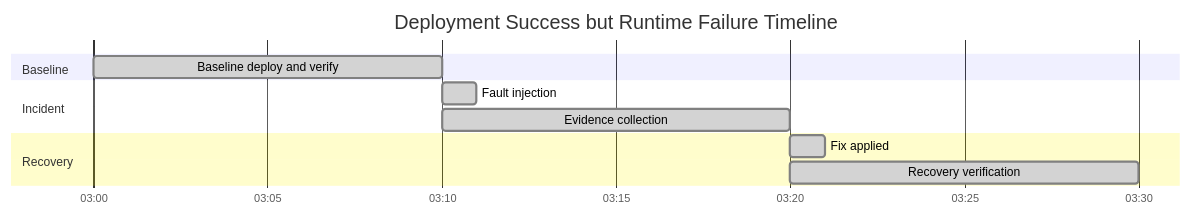
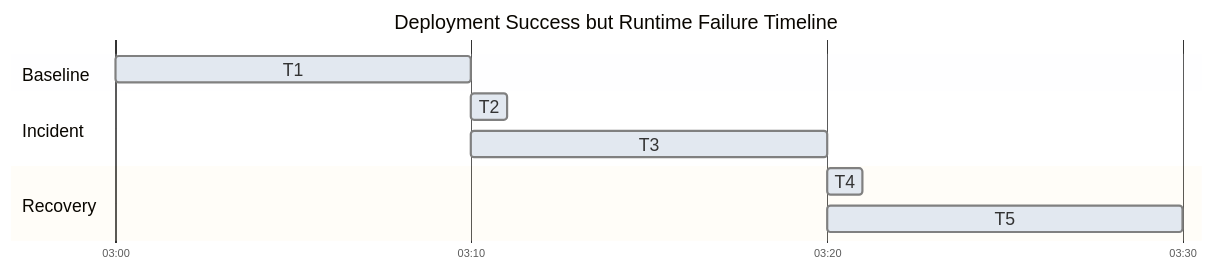
One commit to yeongseon/azure-functions-practical-guide changed the second of 5 diagrams in docs/troubleshooting/lab-guides/deployment-not-running.md. Above: the diagram before and after it, drawn with Mermaid. The commit also changed other lines of this file and 1 other file, not shown here.

First line of the commit message:
docs(diagrams): migrate Functions lab deployment startup — deployment not running (#432)

````diff
--- a/docs/troubleshooting/lab-guides/deployment-not-running.md
+++ b/docs/troubleshooting/lab-guides/deployment-not-running.md
@@ -141,14 +151,18 @@
 ```mermaid
+%%{init: {"gantt":{"fontSize":16,"sectionFontSize":16,"leftPadding":95,"rightPadding":35,"barHeight":24,"barGap":10},"theme":"base","themeVariables":{"doneTaskBkgColor":"#e2e8f0","critBkgColor":"#fed7aa","taskBkgColor":"#e2e8f0"},"themeCSS":".grid .tick text{font-size:16px;fill:var(--md-default-fg-color);} .section{opacity:0;} .titleText{font-size:14px;fill:var(--md-default-fg-color);} .sectionTitle{fill:var(--md-default-fg-color);} .taskTextOutsideLeft,.taskTextOutsideRight{fill:var(--md-default-fg-color)!important;} .taskText{fill:#14202e!important;}"}}%%
 gantt
+    accTitle: Historical walkthrough incident windows
+    accDescr: Historical walkthrough model with baseline from 03:00 to 03:10, fault injection and evidence collection starting at 03:10, and fix and recovery verification starting at 03:20. The one-minute actions overlap ten-minute collection windows. These times and done markers are not a new execution or evidence for the NOT_RUN Golden scenario.
     title Deployment Success but Runtime Failure Timeline
     dateFormat  HH:mm
     axisFormat  %H:%M
+    tickInterval 10minute
     section Baseline
-    Baseline deploy and verify         :done, a1, 03:00, 10m
+    T1                                 :done, a1, 03:00, 10m
     section Incident
-    Fault injection                    :done, b1, 03:10, 1m
-    Evidence collection                :done, b2, 03:10, 10m
+    T2                                 :done, b1, 03:10, 1m
+    T3                                 :done, b2, 03:10, 10m
     section Recovery
-    Fix applied                        :done, c1, 03:20, 1m
-    Recovery verification              :done, c2, 03:20, 10m
+    T4                                 :done, c1, 03:20, 1m
+    T5                                 :done, c2, 03:20, 10m
 ```
````
